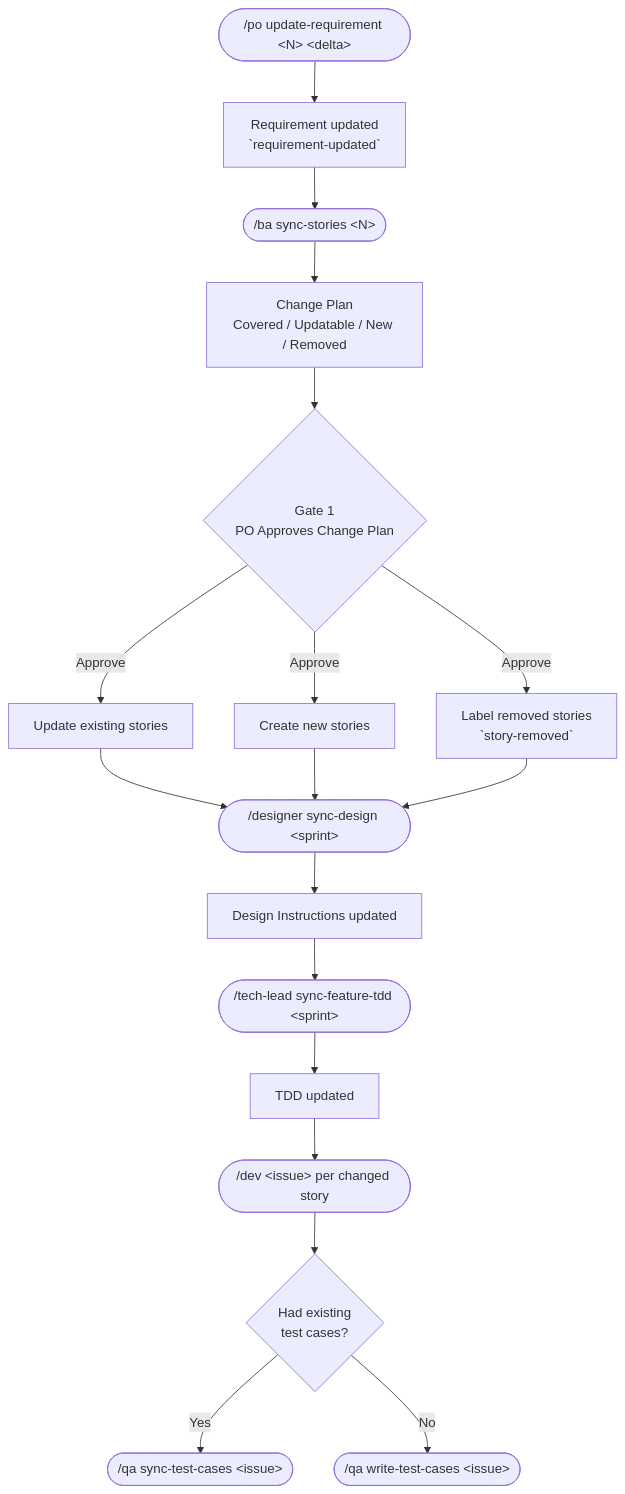
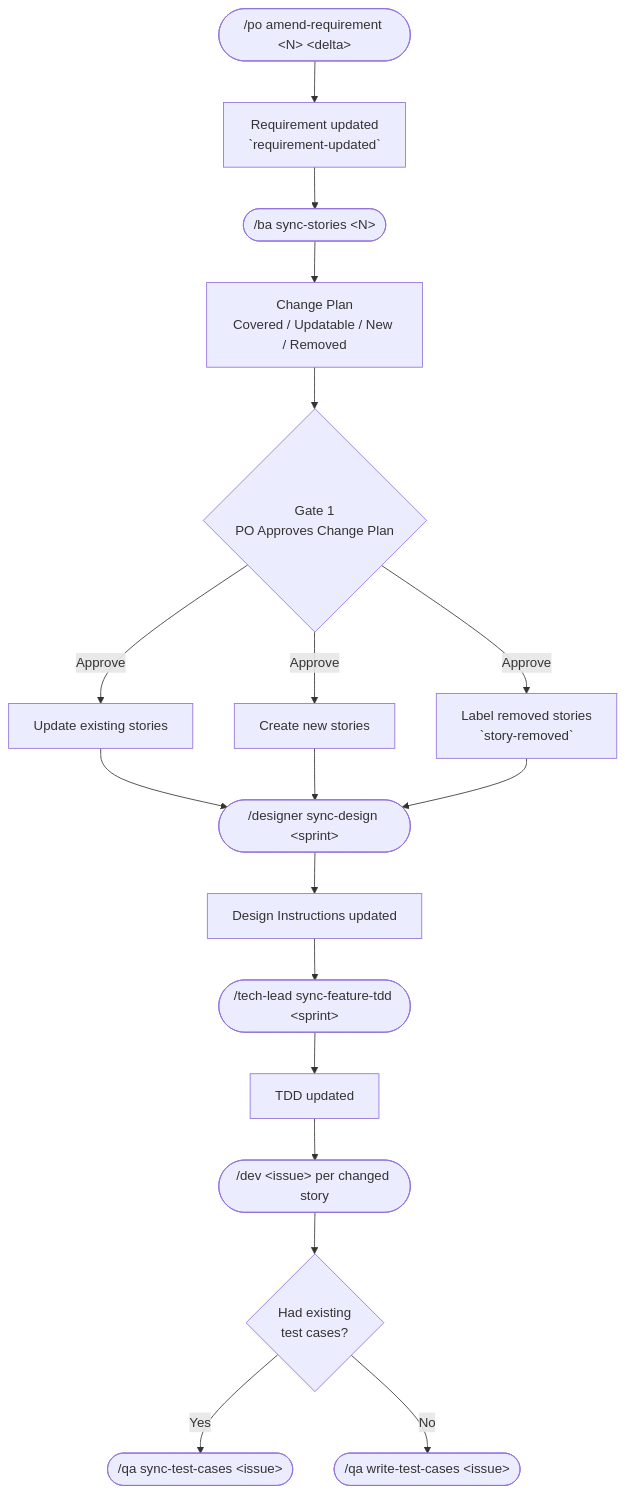
The fourth of 6 diagrams in README.md (simpscal/notism), drawn with Mermaid before and after one commit. The commit also changed other lines of this file and 14 other files, not shown here.

````diff
--- a/README.md
+++ b/README.md
@@ -219,18 +220,18 @@
 ```mermaid
 flowchart TD
-    A(["/po update-requirement &lt;N&gt; &lt;delta&gt;"]) --> B["Requirement updated\n`requirement-updated`"]
+    A(["/po amend-requirement &lt;N&gt; &lt;delta&gt;"]) --> B["Requirement updated\n`requirement-updated`"]
     B --> C(["/ba sync-stories &lt;N&gt;"])
     C --> D["Change Plan\nCovered / Updatable / New / Removed"]
     D --> G1{Gate 1\nPO Approves Change Plan}
     G1 -->|Approve| E1["Update existing stories"]
     G1 -->|Approve| E2["Create new stories"]
     G1 -->|Approve| E3["Label removed stories\n`story-removed`"]
     E1 & E2 & E3 --> F1(["/designer sync-design &lt;sprint&gt;"])
     F1 --> F2["Design Instructions updated"]
     F2 --> F3(["/tech-lead sync-feature-tdd &lt;sprint&gt;"])
     F3 --> F4["TDD updated"]
     F4 --> H(["/dev &lt;issue&gt; per changed story"])
     H --> QA{Had existing\ntest cases?}
     QA -->|Yes| QAS(["/qa sync-test-cases &lt;issue&gt;"])
     QA -->|No| QAW(["/qa write-test-cases &lt;issue&gt;"])
 ```
````
